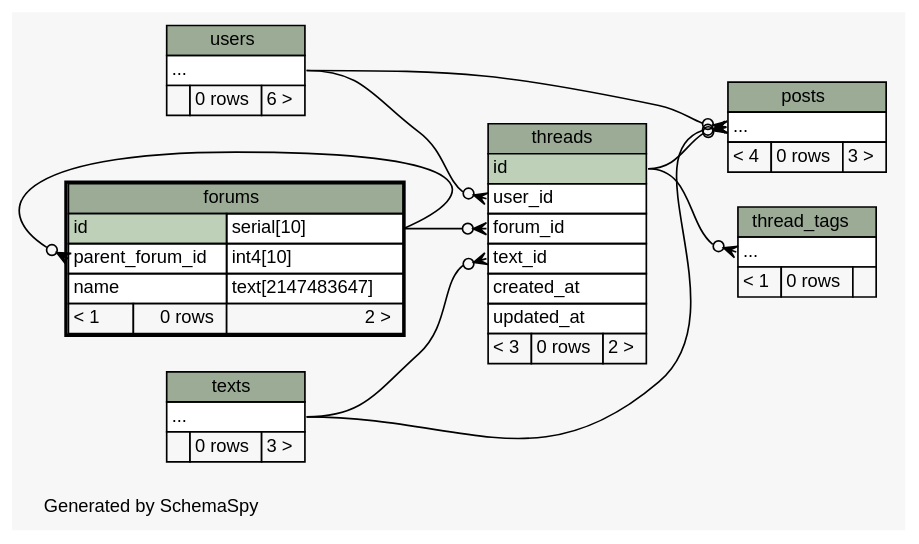
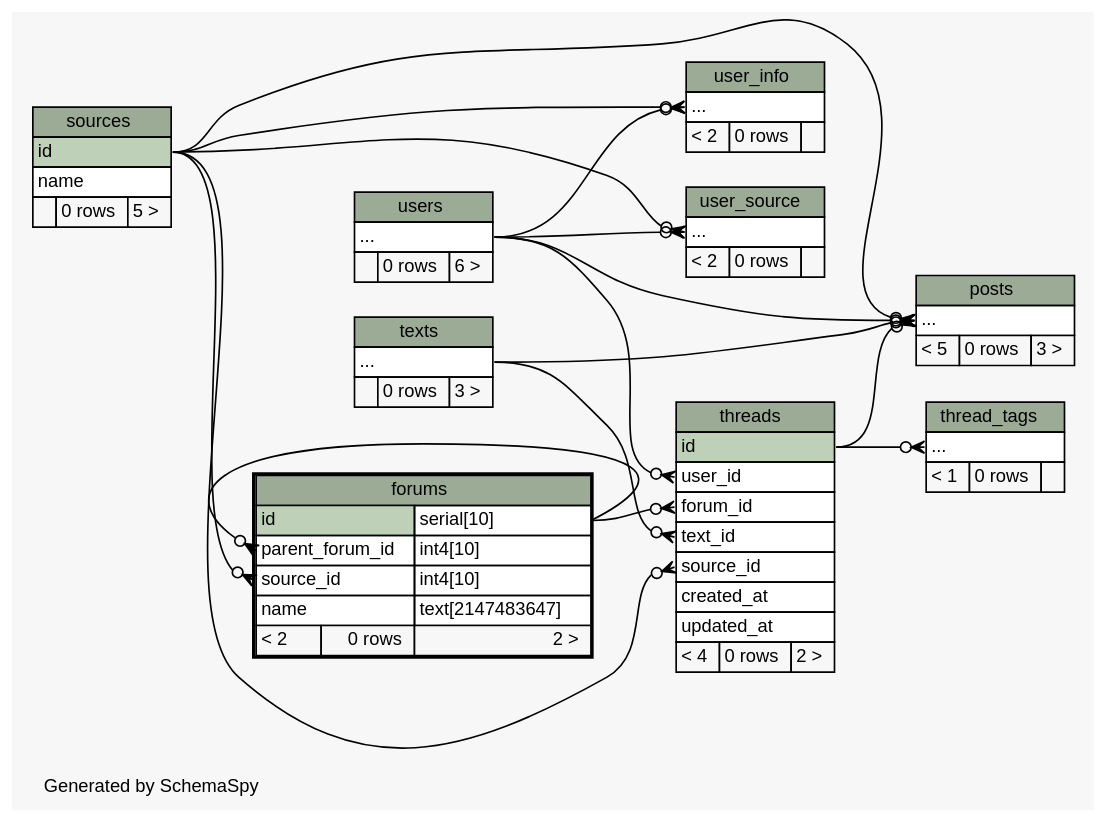
The diagram in library/diagrams/forums.2degrees.dot (ryanaustincarlson/moocdb), drawn with Graphviz before and after one commit. The commit also changed 79 other files, not shown here.

Commit message:
Adding source_id to threads and posts etc.

```diff
--- a/library/diagrams/forums.2degrees.dot
+++ b/library/diagrams/forums.2degrees.dot
@@ -1,97 +1,137 @@
 // dot 2.34.0 on Mac OS X 10.8.3
 // SchemaSpy rev 590
 digraph "twoDegreesRelationshipsDiagram" {
   graph [
     rankdir="RL"
     bgcolor="#f7f7f7"
     label="\nGenerated by SchemaSpy"
     labeljust="l"
     nodesep="0.18"
     ranksep="0.46"
     fontname="Helvetica"
     fontsize="11"
   ];
   node [
     fontname="Helvetica"
     fontsize="11"
     shape="plaintext"
   ];
   edge [
     arrowsize="0.8"
   ];
   "forums":"parent_forum_id":w -> "forums":"id.type":e [arrowhead=none dir=back arrowtail=crowodot];
+  "forums":"source_id":w -> "sources":"id":e [arrowhead=none dir=back arrowtail=crowodot];
   "posts":"elipses":w -> "users":"elipses":e [arrowhead=none dir=back arrowtail=crowodot];
+  "posts":"elipses":w -> "sources":"id":e [arrowhead=none dir=back arrowtail=crowodot];
   "posts":"elipses":w -> "texts":"elipses":e [arrowhead=none dir=back arrowtail=crowodot];
   "posts":"elipses":w -> "threads":"id":e [arrowhead=none dir=back arrowtail=crowodot];
   "thread_tags":"elipses":w -> "threads":"id":e [arrowhead=none dir=back arrowtail=crowodot];
   "threads":"forum_id":w -> "forums":"id.type":e [arrowhead=none dir=back arrowtail=crowodot];
+  "threads":"source_id":w -> "sources":"id":e [arrowhead=none dir=back arrowtail=crowodot];
   "threads":"text_id":w -> "texts":"elipses":e [arrowhead=none dir=back arrowtail=crowodot];
   "threads":"user_id":w -> "users":"elipses":e [arrowhead=none dir=back arrowtail=crowodot];
+  "user_info":"elipses":w -> "sources":"id":e [arrowhead=none dir=back arrowtail=crowodot];
+  "user_info":"elipses":w -> "users":"elipses":e [arrowhead=none dir=back arrowtail=crowodot];
+  "user_source":"elipses":w -> "sources":"id":e [arrowhead=none dir=back arrowtail=crowodot];
+  "user_source":"elipses":w -> "users":"elipses":e [arrowhead=none dir=back arrowtail=crowodot];
   "forums" [
     label=<
     <TABLE BORDER="2" CELLBORDER="1" CELLSPACING="0" BGCOLOR="#ffffff">
       <TR><TD COLSPAN="3" BGCOLOR="#9bab96" ALIGN="CENTER">forums</TD></TR>
       <TR><TD PORT="id" COLSPAN="2" BGCOLOR="#bed1b8" ALIGN="LEFT">id</TD><TD PORT="id.type" ALIGN="LEFT">serial[10]</TD></TR>
       <TR><TD PORT="parent_forum_id" COLSPAN="2" ALIGN="LEFT">parent_forum_id</TD><TD PORT="parent_forum_id.type" ALIGN="LEFT">int4[10]</TD></TR>
+      <TR><TD PORT="source_id" COLSPAN="2" ALIGN="LEFT">source_id</TD><TD PORT="source_id.type" ALIGN="LEFT">int4[10]</TD></TR>
       <TR><TD PORT="name" COLSPAN="2" ALIGN="LEFT">name</TD><TD PORT="name.type" ALIGN="LEFT">text[2147483647]</TD></TR>
-      <TR><TD ALIGN="LEFT" BGCOLOR="#f7f7f7">&lt; 1</TD><TD ALIGN="RIGHT" BGCOLOR="#f7f7f7">0 rows</TD><TD ALIGN="RIGHT" BGCOLOR="#f7f7f7">2 &gt;</TD></TR>
+      <TR><TD ALIGN="LEFT" BGCOLOR="#f7f7f7">&lt; 2</TD><TD ALIGN="RIGHT" BGCOLOR="#f7f7f7">0 rows</TD><TD ALIGN="RIGHT" BGCOLOR="#f7f7f7">2 &gt;</TD></TR>
     </TABLE>>
     URL="forums.html"
     tooltip="forums"
   ];
   "posts" [
     label=<
     <TABLE BORDER="0" CELLBORDER="1" CELLSPACING="0" BGCOLOR="#ffffff">
       <TR><TD COLSPAN="3" BGCOLOR="#9bab96" ALIGN="CENTER">posts</TD></TR>
       <TR><TD PORT="elipses" COLSPAN="3" ALIGN="LEFT">...</TD></TR>
-      <TR><TD ALIGN="LEFT" BGCOLOR="#f7f7f7">&lt; 4</TD><TD ALIGN="RIGHT" BGCOLOR="#f7f7f7">0 rows</TD><TD ALIGN="RIGHT" BGCOLOR="#f7f7f7">3 &gt;</TD></TR>
+      <TR><TD ALIGN="LEFT" BGCOLOR="#f7f7f7">&lt; 5</TD><TD ALIGN="RIGHT" BGCOLOR="#f7f7f7">0 rows</TD><TD ALIGN="RIGHT" BGCOLOR="#f7f7f7">3 &gt;</TD></TR>
     </TABLE>>
     URL="posts.html"
     tooltip="posts"
+  ];
+  "sources" [
+    label=<
+    <TABLE BORDER="0" CELLBORDER="1" CELLSPACING="0" BGCOLOR="#ffffff">
+      <TR><TD COLSPAN="3" BGCOLOR="#9bab96" ALIGN="CENTER">sources</TD></TR>
+      <TR><TD PORT="id" COLSPAN="3" BGCOLOR="#bed1b8" ALIGN="LEFT">id</TD></TR>
+      <TR><TD PORT="name" COLSPAN="3" ALIGN="LEFT">name</TD></TR>
+      <TR><TD ALIGN="LEFT" BGCOLOR="#f7f7f7">  </TD><TD ALIGN="RIGHT" BGCOLOR="#f7f7f7">0 rows</TD><TD ALIGN="RIGHT" BGCOLOR="#f7f7f7">5 &gt;</TD></TR>
+    </TABLE>>
+    URL="sources.html"
+    tooltip="sources"
   ];
   "texts" [
     label=<
     <TABLE BORDER="0" CELLBORDER="1" CELLSPACING="0" BGCOLOR="#ffffff">
       <TR><TD COLSPAN="3" BGCOLOR="#9bab96" ALIGN="CENTER">texts</TD></TR>
       <TR><TD PORT="elipses" COLSPAN="3" ALIGN="LEFT">...</TD></TR>
       <TR><TD ALIGN="LEFT" BGCOLOR="#f7f7f7">  </TD><TD ALIGN="RIGHT" BGCOLOR="#f7f7f7">0 rows</TD><TD ALIGN="RIGHT" BGCOLOR="#f7f7f7">3 &gt;</TD></TR>
     </TABLE>>
     URL="texts.html"
     tooltip="texts"
   ];
   "thread_tags" [
     label=<
     <TABLE BORDER="0" CELLBORDER="1" CELLSPACING="0" BGCOLOR="#ffffff">
       <TR><TD COLSPAN="3" BGCOLOR="#9bab96" ALIGN="CENTER">thread_tags</TD></TR>
       <TR><TD PORT="elipses" COLSPAN="3" ALIGN="LEFT">...</TD></TR>
       <TR><TD ALIGN="LEFT" BGCOLOR="#f7f7f7">&lt; 1</TD><TD ALIGN="RIGHT" BGCOLOR="#f7f7f7">0 rows</TD><TD ALIGN="RIGHT" BGCOLOR="#f7f7f7">  </TD></TR>
     </TABLE>>
     URL="thread_tags.html"
     tooltip="thread_tags"
   ];
   "threads" [
     label=<
     <TABLE BORDER="0" CELLBORDER="1" CELLSPACING="0" BGCOLOR="#ffffff">
       <TR><TD COLSPAN="3" BGCOLOR="#9bab96" ALIGN="CENTER">threads</TD></TR>
       <TR><TD PORT="id" COLSPAN="3" BGCOLOR="#bed1b8" ALIGN="LEFT">id</TD></TR>
       <TR><TD PORT="user_id" COLSPAN="3" ALIGN="LEFT">user_id</TD></TR>
       <TR><TD PORT="forum_id" COLSPAN="3" ALIGN="LEFT">forum_id</TD></TR>
       <TR><TD PORT="text_id" COLSPAN="3" ALIGN="LEFT">text_id</TD></TR>
+      <TR><TD PORT="source_id" COLSPAN="3" ALIGN="LEFT">source_id</TD></TR>
       <TR><TD PORT="created_at" COLSPAN="3" ALIGN="LEFT">created_at</TD></TR>
       <TR><TD PORT="updated_at" COLSPAN="3" ALIGN="LEFT">updated_at</TD></TR>
-      <TR><TD ALIGN="LEFT" BGCOLOR="#f7f7f7">&lt; 3</TD><TD ALIGN="RIGHT" BGCOLOR="#f7f7f7">0 rows</TD><TD ALIGN="RIGHT" BGCOLOR="#f7f7f7">2 &gt;</TD></TR>
+      <TR><TD ALIGN="LEFT" BGCOLOR="#f7f7f7">&lt; 4</TD><TD ALIGN="RIGHT" BGCOLOR="#f7f7f7">0 rows</TD><TD ALIGN="RIGHT" BGCOLOR="#f7f7f7">2 &gt;</TD></TR>
     </TABLE>>
     URL="threads.html"
     tooltip="threads"
+  ];
+  "user_info" [
+    label=<
+    <TABLE BORDER="0" CELLBORDER="1" CELLSPACING="0" BGCOLOR="#ffffff">
+      <TR><TD COLSPAN="3" BGCOLOR="#9bab96" ALIGN="CENTER">user_info</TD></TR>
+      <TR><TD PORT="elipses" COLSPAN="3" ALIGN="LEFT">...</TD></TR>
+      <TR><TD ALIGN="LEFT" BGCOLOR="#f7f7f7">&lt; 2</TD><TD ALIGN="RIGHT" BGCOLOR="#f7f7f7">0 rows</TD><TD ALIGN="RIGHT" BGCOLOR="#f7f7f7">  </TD></TR>
+    </TABLE>>
+    URL="user_info.html"
+    tooltip="user_info"
+  ];
+  "user_source" [
+    label=<
+    <TABLE BORDER="0" CELLBORDER="1" CELLSPACING="0" BGCOLOR="#ffffff">
+      <TR><TD COLSPAN="3" BGCOLOR="#9bab96" ALIGN="CENTER">user_source</TD></TR>
+      <TR><TD PORT="elipses" COLSPAN="3" ALIGN="LEFT">...</TD></TR>
+      <TR><TD ALIGN="LEFT" BGCOLOR="#f7f7f7">&lt; 2</TD><TD ALIGN="RIGHT" BGCOLOR="#f7f7f7">0 rows</TD><TD ALIGN="RIGHT" BGCOLOR="#f7f7f7">  </TD></TR>
+    </TABLE>>
+    URL="user_source.html"
+    tooltip="user_source"
   ];
   "users" [
     label=<
     <TABLE BORDER="0" CELLBORDER="1" CELLSPACING="0" BGCOLOR="#ffffff">
       <TR><TD COLSPAN="3" BGCOLOR="#9bab96" ALIGN="CENTER">users</TD></TR>
       <TR><TD PORT="elipses" COLSPAN="3" ALIGN="LEFT">...</TD></TR>
       <TR><TD ALIGN="LEFT" BGCOLOR="#f7f7f7">  </TD><TD ALIGN="RIGHT" BGCOLOR="#f7f7f7">0 rows</TD><TD ALIGN="RIGHT" BGCOLOR="#f7f7f7">6 &gt;</TD></TR>
     </TABLE>>
     URL="users.html"
     tooltip="users"
   ];
 }
```
